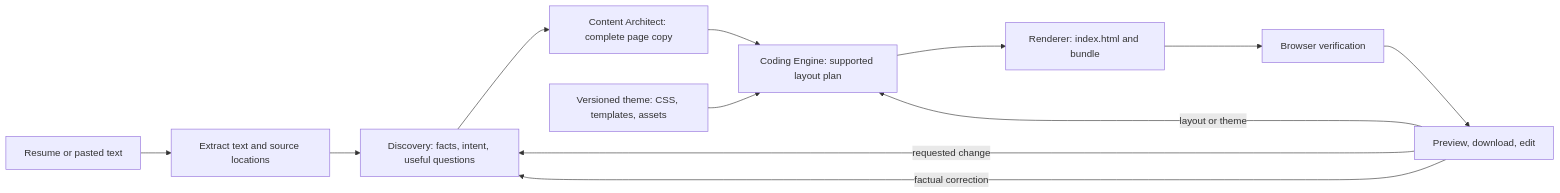
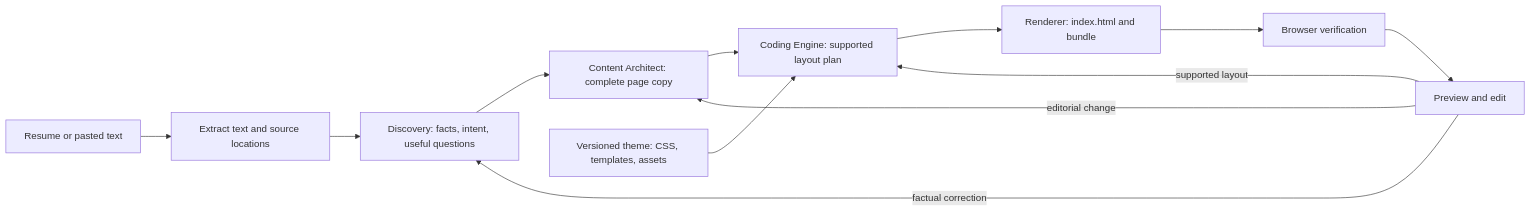
The diagram in docs/architecture/README.md (yashsrivastava0/OryxenAI), drawn with Mermaid before and after one commit. The commit also changed other lines of this file and 6 other files, not shown here.

Commit message:
docs(architecture): refine portfolio research and agent contracts

````diff
--- a/docs/architecture/README.md
+++ b/docs/architecture/README.md
@@ -7,14 +7,14 @@
 ```mermaid
 flowchart LR
     A[Resume or pasted text] --> B[Extract text and source locations]
     B --> C[Discovery: facts, intent, useful questions]
     C --> D[Content Architect: complete page copy]
     D --> E[Coding Engine: supported layout plan]
     T[Versioned theme: CSS, templates, assets] --> E
     E --> F[Renderer: index.html and bundle]
     F --> G[Browser verification]
-    G --> H[Preview, download, edit]
-    H -->|requested change| C
+    G --> H[Preview and edit]
+    H -->|editorial change| D
     H -->|factual correction| C
-    H -->|layout or theme| E
+    H -->|supported layout| E
 ```
````
